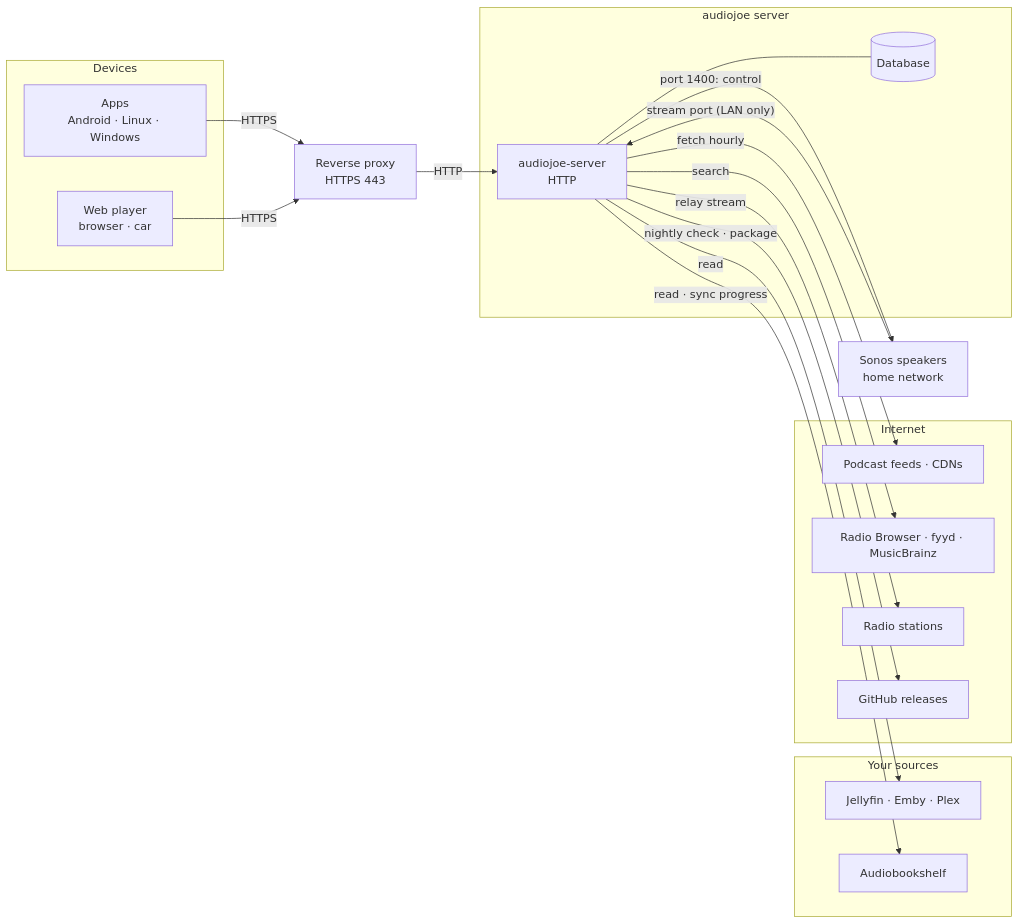
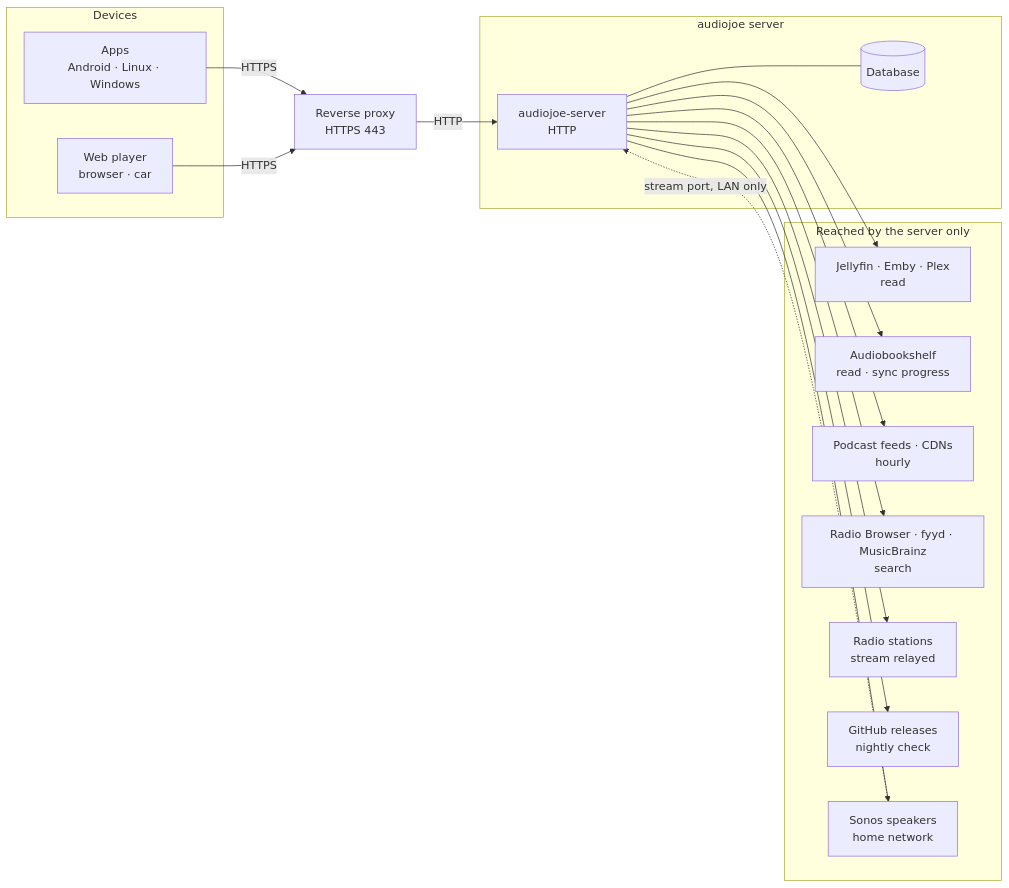
Before and after one commit to joeMJ/audiojoe: the first of 2 diagrams in docs/ARCHITEKTUR.en.md, drawn with Mermaid. The commit also changed 1 other file, not shown here.

Commit message:
Doku: Netzschema übersichtlicher (Beschriftungen in den Kästen), im Browser mit mermaid 11 geprüft

````diff
--- a/docs/ARCHITEKTUR.en.md
+++ b/docs/ARCHITEKTUR.en.md
@@ -12,36 +12,28 @@
 ```mermaid
 flowchart LR
   subgraph devices["Devices"]
     app["Apps<br/>Android · Linux · Windows"]
     web["Web player<br/>browser · car"]
   end
   proxy["Reverse proxy<br/>HTTPS 443"]
   subgraph server["audiojoe server"]
     api["audiojoe-server<br/>HTTP"]
     db[("Database")]
   end
-  subgraph sources["Your sources"]
-    media["Jellyfin · Emby · Plex"]
-    abs["Audiobookshelf"]
+  subgraph outside["Reached by the server only"]
+    media["Jellyfin · Emby · Plex<br/>read"]
+    abs["Audiobookshelf<br/>read · sync progress"]
+    feeds["Podcast feeds · CDNs<br/>hourly"]
+    dirs["Radio Browser · fyyd · MusicBrainz<br/>search"]
+    stations["Radio stations<br/>stream relayed"]
+    gh["GitHub releases<br/>nightly check"]
+    sonos["Sonos speakers<br/>home network"]
   end
-  subgraph internet["Internet"]
-    feeds["Podcast feeds · CDNs"]
-    dirs["Radio Browser · fyyd · MusicBrainz"]
-    stations["Radio stations"]
-    gh["GitHub releases"]
-  end
-  sonos["Sonos speakers<br/>home network"]
 
-  app -- "HTTPS" --> proxy
-  web -- "HTTPS" --> proxy
-  proxy -- "HTTP" --> api
+  app -->|HTTPS| proxy
+  web -->|HTTPS| proxy
+  proxy -->|HTTP| api
   api --- db
-  api -- "read" --> media
-  api -- "read · sync progress" --> abs
-  api -- "fetch hourly" --> feeds
-  api -- "search" --> dirs
-  api -- "relay stream" --> stations
-  api -- "nightly check · package" --> gh
-  api -- "port 1400: control" --> sonos
-  sonos -- "stream port (LAN only)" --> api
+  api --> media & abs & feeds & dirs & stations & gh & sonos
+  sonos -.->|"stream port, LAN only"| api
 ```
````
